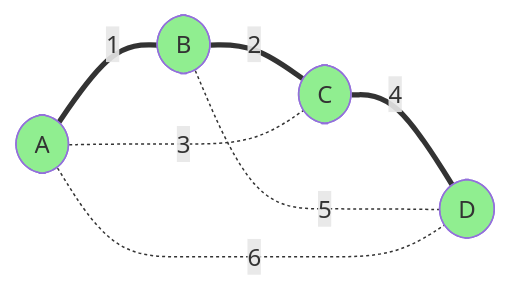
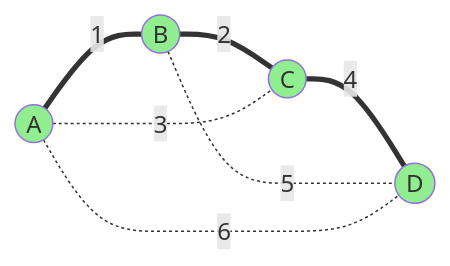
One commit to freeedoooooo/algs changed the fourth of 4 diagrams in my-notes/01-基础巩固/11-图相关的算法/05-最小生成树-Kruskal算法.md. Above: the diagram before and after it, drawn with Mermaid. The commit also changed other lines of this file, not shown here.

Commit message:
update Kruskal mermaid

````diff
--- a/my-notes/01-基础巩固/11-图相关的算法/05-最小生成树-Kruskal算法.md
+++ b/my-notes/01-基础巩固/11-图相关的算法/05-最小生成树-Kruskal算法.md
@@ -229,14 +229,14 @@
 ```mermaid
 graph LR
-    A(["A"]) ===|"1"| B(["B"])
-    B ===|"2"| C(["C"])
-    C ===|"4"| D(["D"])
-    A -.-|"3"| C
-    B -.-|"5"| D
-    A -.-|"6"| D
+    A((A)) ===|1| B((B))
+    B ===|2| C((C))
+    C ===|4| D((D))
+    A -.-|3| C
+    B -.-|5| D
+    A -.-|6| D
     
     style A fill:#90EE90
     style B fill:#90EE90
     style C fill:#90EE90
     style D fill:#90EE90
 ```
````
